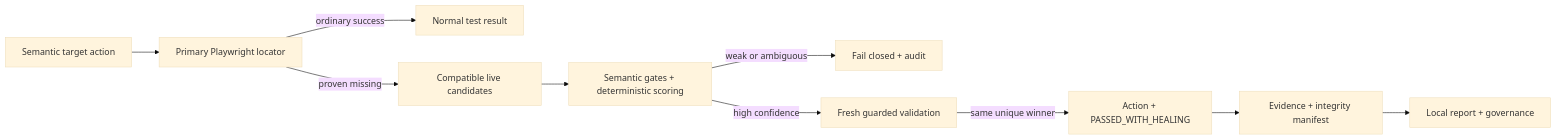
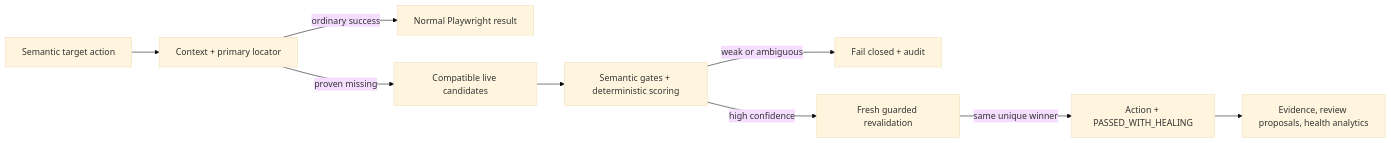
Before and after one commit to kamenAsenov/aegiloc: the diagram in README.md, drawn with Mermaid (base theme). The commit also changed other lines of this file and 107 other files, not shown here.

````diff
--- a/README.md
+++ b/README.md
@@ -116,12 +109,11 @@
 ```mermaid
 flowchart LR
-  A["Semantic target action"] --> B["Primary Playwright locator"]
-  B -->|"ordinary success"| C["Normal test result"]
+  A["Semantic target action"] --> B["Context + primary locator"]
+  B -->|"ordinary success"| C["Normal Playwright result"]
   B -->|"proven missing"| D["Compatible live candidates"]
   D --> E["Semantic gates + deterministic scoring"]
   E -->|"weak or ambiguous"| F["Fail closed + audit"]
-  E -->|"high confidence"| G["Fresh guarded validation"]
+  E -->|"high confidence"| G["Fresh guarded revalidation"]
   G -->|"same unique winner"| H["Action + PASSED_WITH_HEALING"]
-  H --> I["Evidence + integrity manifest"]
-  I --> J["Local report + governance"]
+  H --> I["Evidence, review proposals, health analytics"]
 ```
````
